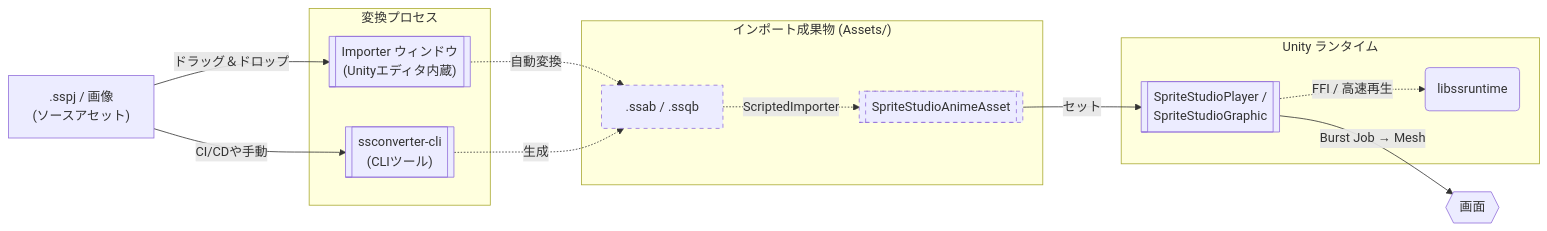
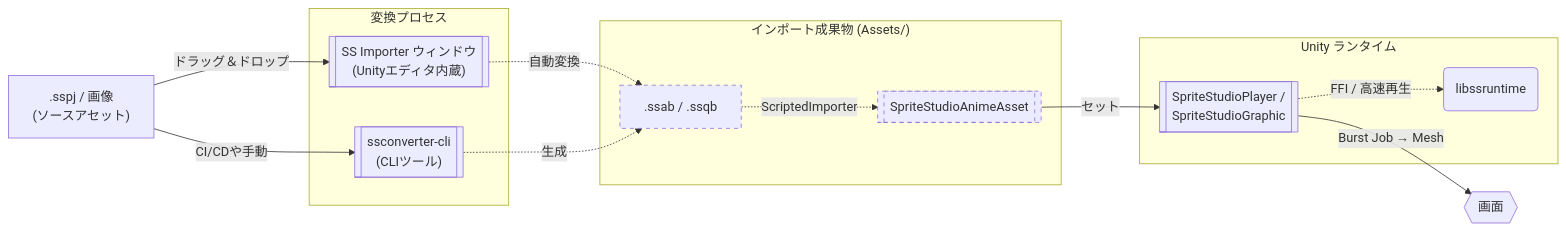
One commit to cri-middleware/SSPlayerForUnity changed the diagram in docs/ja/index.md. Above: the diagram before and after it, drawn with Mermaid. The commit also changed 14 other files, not shown here.

````diff
--- a/docs/ja/index.md
+++ b/docs/ja/index.md
@@ -48,32 +48,32 @@
 ```mermaid
 graph LR
     SS[" .sspj / 画像<br>(ソースアセット) "]
 
     subgraph Convert ["変換プロセス"]
-        IMP[[" Importer ウィンドウ<br>(Unityエディタ内蔵) "]]
+        IMP[[" SS Importer ウィンドウ<br>(Unityエディタ内蔵) "]]
         CLI[[" ssconverter-cli<br>(CLIツール) "]]
     end
 
     subgraph Asset ["インポート成果物 (Assets/)"]
         BIN[" .ssab / .ssqb "]
         SO[[ SpriteStudioAnimeAsset ]]
     end
 
     subgraph Runtime ["Unity ランタイム"]
         NODE[[ SpriteStudioPlayer /<br>SpriteStudioGraphic ]]
         RT(" libssruntime ")
     end
 
     SS -- "ドラッグ＆ドロップ" --> IMP
     SS -- "CI/CDや手動" --> CLI
     IMP -. "自動変換" .-> BIN
     CLI -. "生成" .-> BIN
 
     BIN -. "ScriptedImporter" .-> SO
     SO -- "セット" --> NODE
     NODE -. "FFI / 高速再生" .-> RT
     NODE -- "Burst Job → Mesh" --> RENDER{{" 画面 "}}
 
     classDef generated stroke-dasharray: 5 5;
     class BIN,SO generated;
 ```
````
